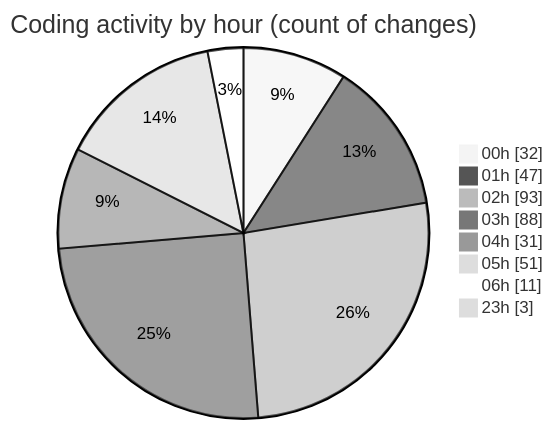
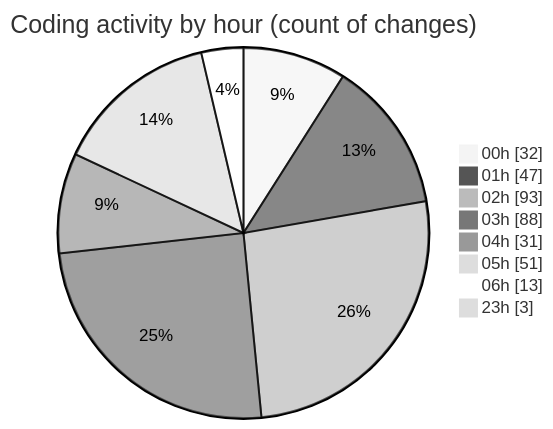
The second of 2 diagrams in 2025-07-28/quanlyrapchieuphim-1/README.md (lephambinh05/code-tracking), drawn with Mermaid (neutral theme) before and after one commit. The commit also changed other lines of this file and 1 other file, not shown here.

````diff
--- a/2025-07-28/quanlyrapchieuphim-1/README.md
+++ b/2025-07-28/quanlyrapchieuphim-1/README.md
@@ -79,12 +80,12 @@
 ```mermaid
 pie showData
 title Coding activity by hour (count of changes)
 "00h" : 32
 "01h" : 47
 "02h" : 93
 "03h" : 88
 "04h" : 31
 "05h" : 51
-"06h" : 11
+"06h" : 13
 "23h" : 3
 ```
````
